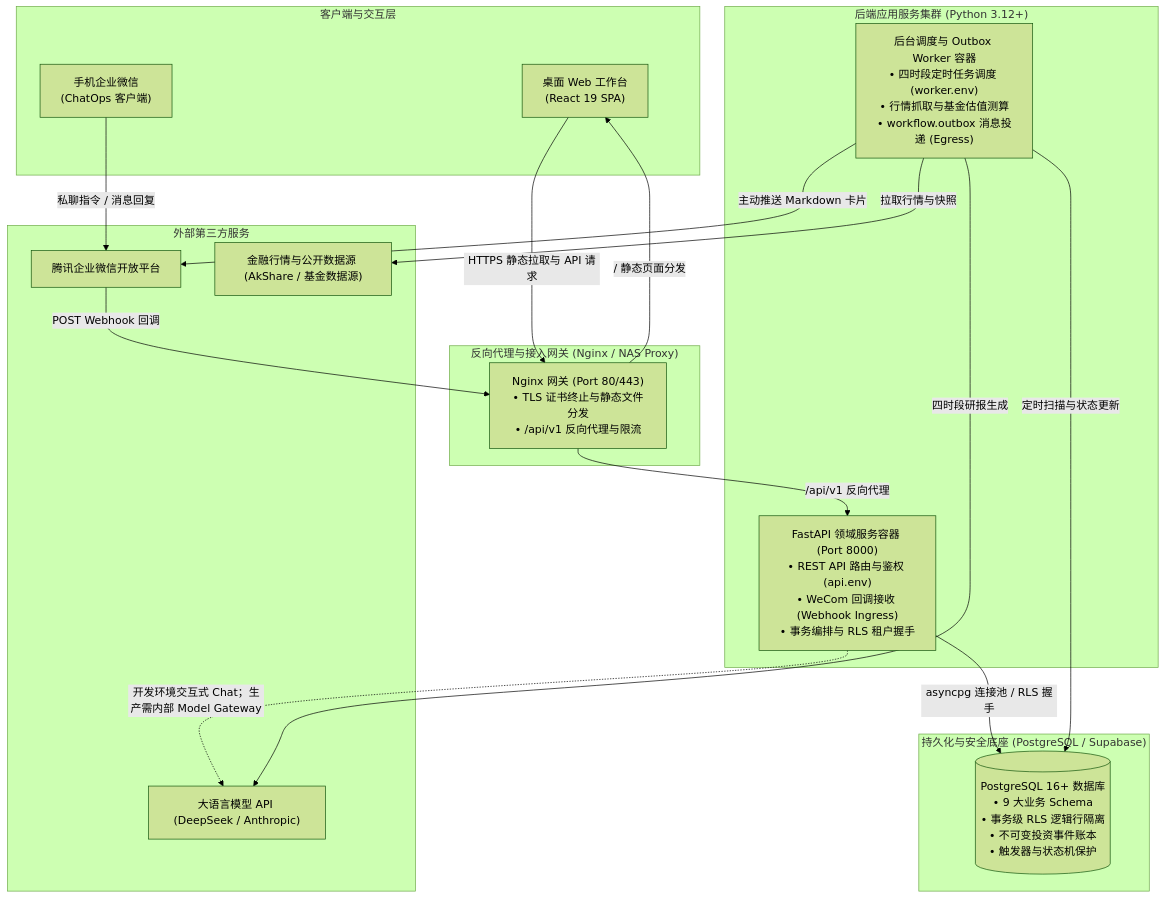
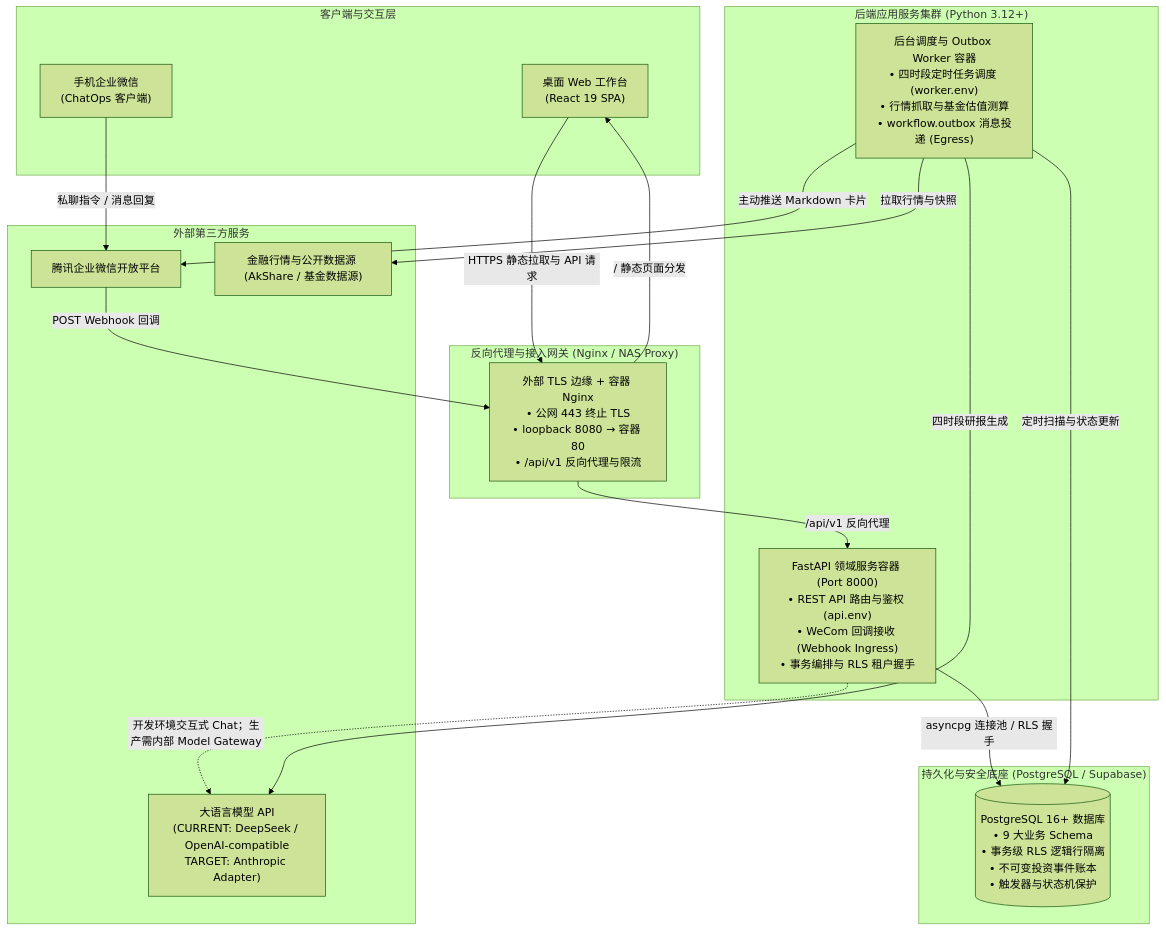
One commit to sinojelly/wealthsail changed the first of 7 diagrams in docs/10.WealthSail-MVP前后端实现与系统部署规范.md. Above: the diagram before and after it, drawn with Mermaid (forest theme). The commit also changed other lines of this file and 46 other files, not shown here.

````diff
--- a/docs/10.WealthSail-MVP前后端实现与系统部署规范.md
+++ b/docs/10.WealthSail-MVP前后端实现与系统部署规范.md
@@ -19,40 +19,40 @@
 ```mermaid
 flowchart TD
     subgraph ClientLayer["客户端与交互层"]
         Browser["桌面 Web 工作台<br/>(React 19 SPA)"]
         WeComApp["手机企业微信<br/>(ChatOps 客户端)"]
     end
 
     subgraph IngressLayer["反向代理与接入网关 (Nginx / NAS Proxy)"]
-        Nginx["Nginx 网关 (Port 80/443)<br/>• TLS 证书终止与静态文件分发<br/>• /api/v1 反向代理与限流"]
+        Nginx["外部 TLS 边缘 + 容器 Nginx<br/>• 公网 443 终止 TLS<br/>• loopback 8080 → 容器 80<br/>• /api/v1 反向代理与限流"]
     end
 
     subgraph ServiceLayer["后端应用服务集群 (Python 3.12+)"]
         API["FastAPI 领域服务容器 (Port 8000)<br/>• REST API 路由与鉴权 (api.env)<br/>• WeCom 回调接收 (Webhook Ingress)<br/>• 事务编排与 RLS 租户握手"]
         Worker["后台调度与 Outbox Worker 容器<br/>• 四时段定时任务调度 (worker.env)<br/>• 行情抓取与基金估值测算<br/>• workflow.outbox 消息投递 (Egress)"]
     end
 
     subgraph DataLayer["持久化与安全底座 (PostgreSQL / Supabase)"]
         SupaDB[("PostgreSQL 16+ 数据库<br/>• 9 大业务 Schema<br/>• 事务级 RLS 逻辑行隔离<br/>• 不可变投资事件账本<br/>• 触发器与状态机保护")]
     end
 
     subgraph ExternalCloud["外部第三方服务"]
         WeComServer["腾讯企业微信开放平台"]
-        LLMProvider["大语言模型 API (DeepSeek / Anthropic)"]
+        LLMProvider["大语言模型 API<br/>(CURRENT: DeepSeek / OpenAI-compatible<br/>TARGET: Anthropic Adapter)"]
         MarketSource["金融行情与公开数据源 (AkShare / 基金数据源)"]
     end
 
     Browser -->|HTTPS 静态拉取与 API 请求| Nginx
     WeComApp -->|私聊指令 / 消息回复| WeComServer
     WeComServer -->|POST Webhook 回调| Nginx
 
     Nginx -->|/ 静态页面分发| Browser
     Nginx -->|/api/v1 反向代理| API
 
     API -->|asyncpg 连接池 / RLS 握手| SupaDB
     Worker -->|定时扫描与状态更新| SupaDB
     Worker -->|主动推送 Markdown 卡片| WeComServer
     Worker -->|拉取行情与快照| MarketSource
     API -.->|开发环境交互式 Chat；生产需内部 Model Gateway| LLMProvider
     Worker -->|四时段研报生成| LLMProvider
 ```
````
